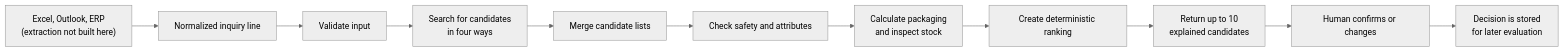
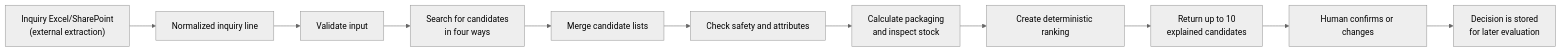
One commit to TUM-Social-AI/action-medeor changed the diagram in apps/backend/app/matching/README.md. Above: the diagram before and after it, drawn with Mermaid (neutral theme). The commit also changed other lines of this file and 45 other files, not shown here.

````diff
--- a/apps/backend/app/matching/README.md
+++ b/apps/backend/app/matching/README.md
@@ -12,13 +13,13 @@
 ```mermaid
 flowchart LR
-    S["Excel, Outlook, ERP<br/>(extraction not built here)"] --> A["Normalized inquiry line"]
+    S["Inquiry Excel/SharePoint<br/>(external extraction)"] --> A["Normalized inquiry line"]
     A --> B["Validate input"]
     B --> C["Search for candidates<br/>in four ways"]
     C --> D["Merge candidate lists"]
     D --> E["Check safety and attributes"]
     E --> F["Calculate packaging<br/>and inspect stock"]
     F --> G["Create deterministic ranking"]
     G --> H["Return up to 10<br/>explained candidates"]
     H --> I["Human confirms or changes"]
     I --> J["Decision is stored<br/>for later evaluation"]
 ```
````
